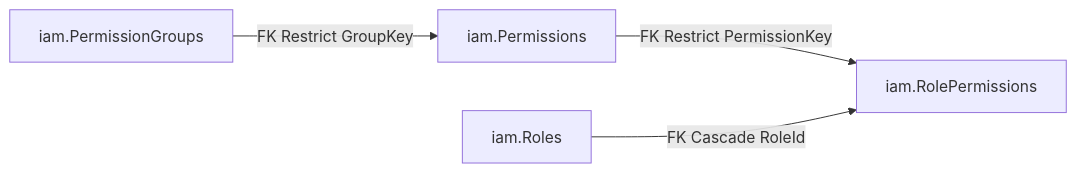
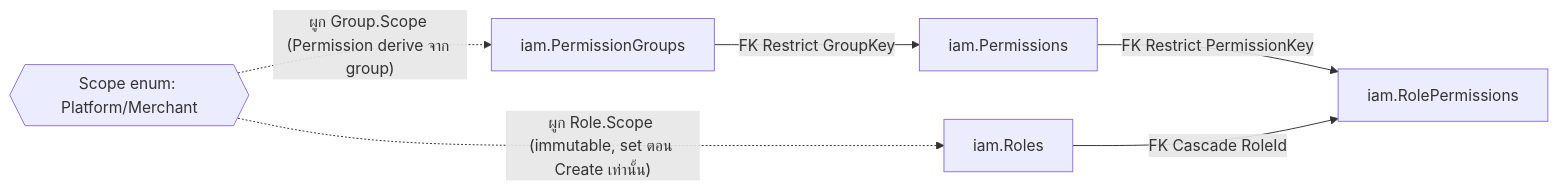
The second of 4 diagrams in docs/reference/iam.md (metrodiesign/pol-core), drawn with Mermaid before and after one commit. The commit also changed other lines of this file, not shown here.

First line of the commit message:
docs(iam): add authorization + role-write diagrams to RBAC reference

````diff
--- a/docs/reference/iam.md
+++ b/docs/reference/iam.md
@@ -113,6 +156,9 @@
 ```mermaid
 flowchart LR
+  Scope{{"Scope enum: Platform/Merchant"}}
   PG[iam.PermissionGroups] -->|FK Restrict GroupKey| P[iam.Permissions]
   P -->|FK Restrict PermissionKey| RP[iam.RolePermissions]
   R[iam.Roles] -->|FK Cascade RoleId| RP
+  Scope -.->|"ผูก Group.Scope (Permission derive จาก group)"| PG
+  Scope -.->|"ผูก Role.Scope (immutable, set ตอน Create เท่านั้น)"| R
 ```
````
